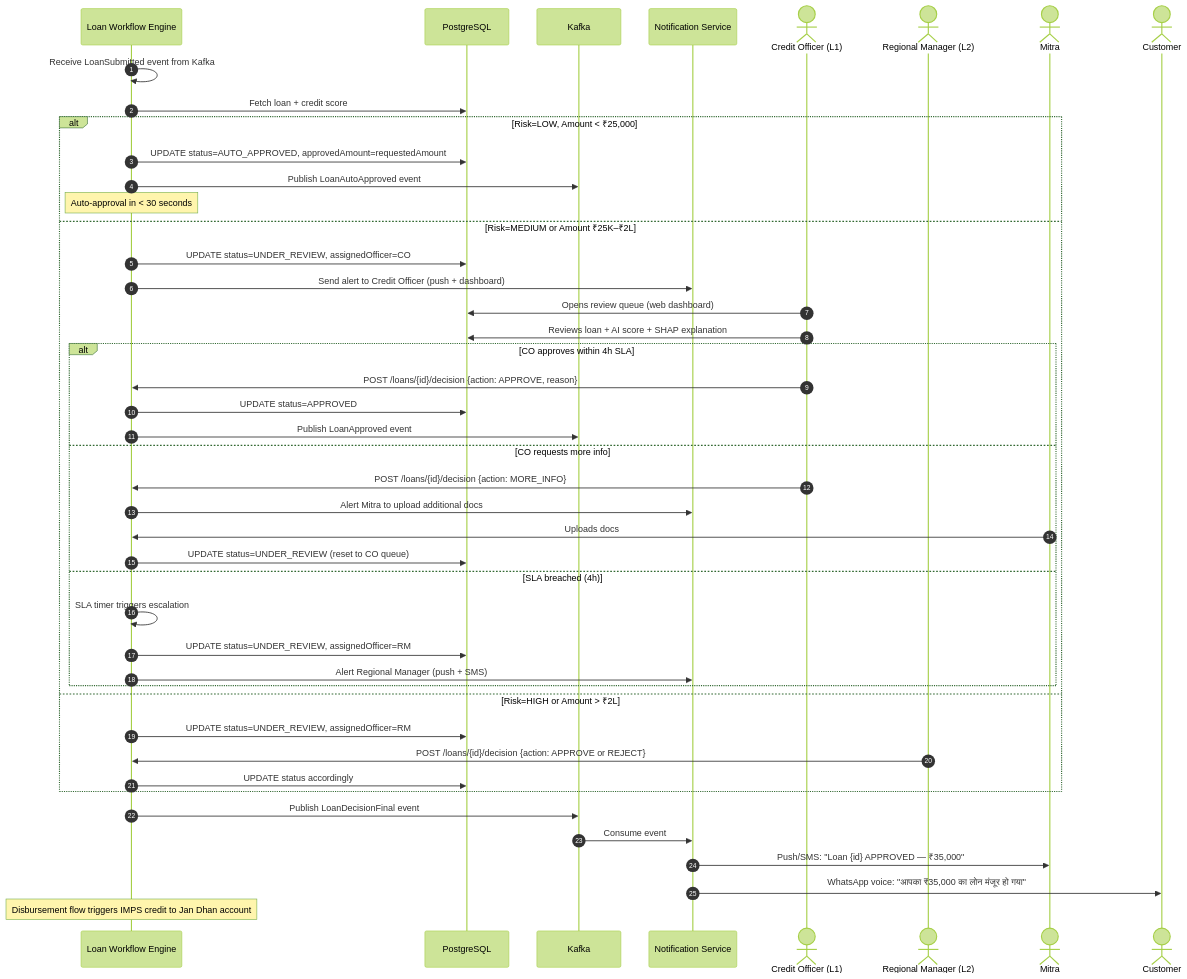
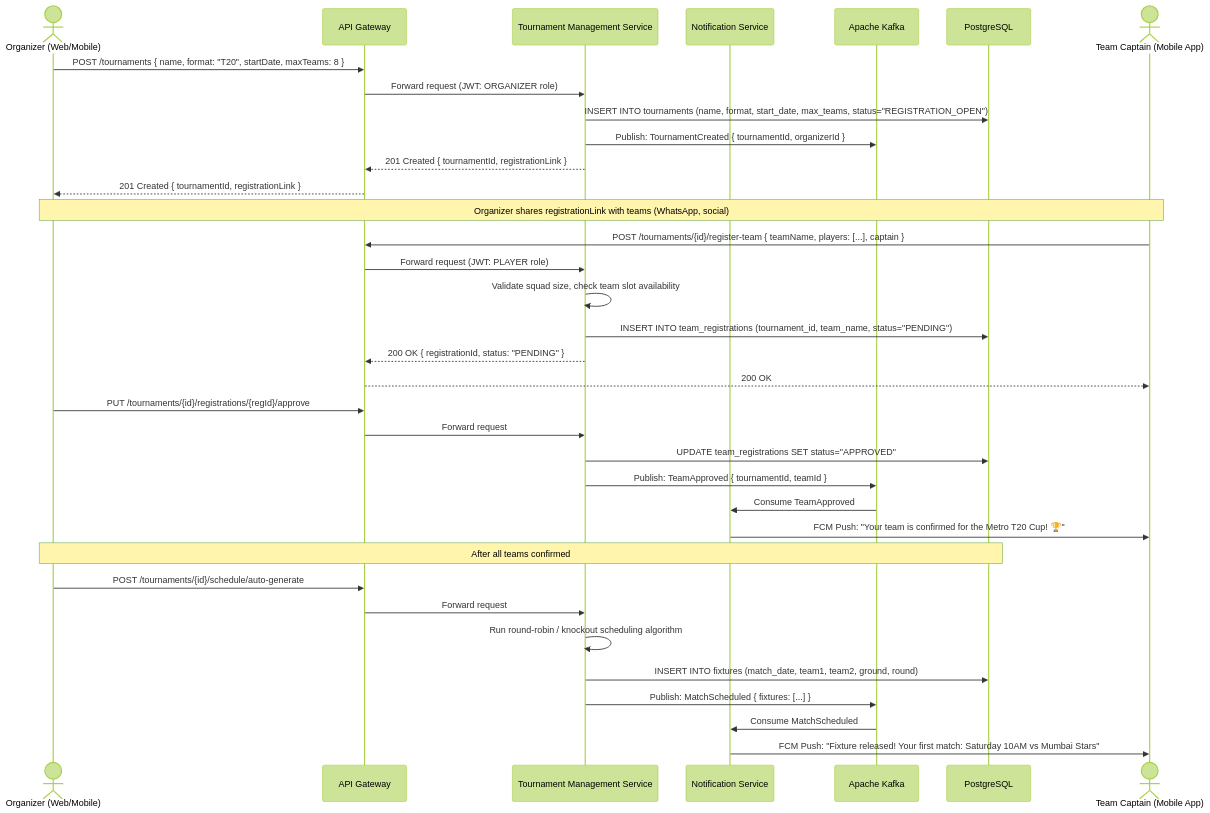
Before and after one commit to adityasinghz/kata: the third of 4 diagrams in SEQUENCE_DIAGRAMS.md, drawn with Mermaid (forest theme). The commit also changed other lines of this file and 25 other files, not shown here.

````diff
--- a/SEQUENCE_DIAGRAMS.md
+++ b/SEQUENCE_DIAGRAMS.md
@@ -232,52 +80,42 @@
 ```mermaid
 sequenceDiagram
-    autonumber
-    participant Workflow as Loan Workflow Engine
-    participant DB as PostgreSQL
-    participant KF as Kafka
-    participant Notify as Notification Service
-    actor CO as Credit Officer (L1)
-    actor RM as Regional Manager (L2)
-    actor Mitra
-    actor Customer
+    actor Org as Organizer (Web/Mobile)
+    participant GW as API Gateway
+    participant TOUR as Tournament Management Service
+    participant NOTIFY as Notification Service
+    participant KAFKA as Apache Kafka
+    participant PG as PostgreSQL
+    actor Team as Team Captain (Mobile App)
 
-    Workflow->>Workflow: Receive LoanSubmitted event from Kafka
-    Workflow->>DB: Fetch loan + credit score
+    Org->>GW: POST /tournaments { name, format: "T20", startDate, maxTeams: 8 }
+    GW->>TOUR: Forward request (JWT: ORGANIZER role)
+    TOUR->>PG: INSERT INTO tournaments (name, format, start_date, max_teams, status="REGISTRATION_OPEN")
+    TOUR->>KAFKA: Publish: TournamentCreated { tournamentId, organizerId }
+    TOUR-->>GW: 201 Created { tournamentId, registrationLink }
+    GW-->>Org: 201 Created { tournamentId, registrationLink }
 
-    alt Risk=LOW, Amount < ₹25,000
-        Workflow->>DB: UPDATE status=AUTO_APPROVED, approvedAmount=requestedAmount
-        Workflow->>KF: Publish LoanAutoApproved event
-        Note over Workflow: Auto-approval in < 30 seconds
-    else Risk=MEDIUM or Amount ₹25K–₹2L
-        Workflow->>DB: UPDATE status=UNDER_REVIEW, assignedOfficer=CO
-        Workflow->>Notify: Send alert to Credit Officer (push + dashboard)
-        CO->>DB: Opens review queue (web dashboard)
-        CO->>DB: Reviews loan + AI score + SHAP explanation
+    Note over Org,Team: Organizer shares registrationLink with teams (WhatsApp, social)
+    
+    Team->>GW: POST /tournaments/{id}/register-team { teamName, players: [...], captain }
+    GW->>TOUR: Forward request (JWT: PLAYER role)
+    TOUR->>TOUR: Validate squad size, check team slot availability
+    TOUR->>PG: INSERT INTO team_registrations (tournament_id, team_name, status="PENDING")
+    TOUR-->>GW: 200 OK { registrationId, status: "PENDING" }
+    GW-->>Team: 200 OK
 
-        alt CO approves within 4h SLA
-            CO->>Workflow: POST /loans/{id}/decision {action: APPROVE, reason}
-            Workflow->>DB: UPDATE status=APPROVED
-            Workflow->>KF: Publish LoanApproved event
-        else CO requests more info
-            CO->>Workflow: POST /loans/{id}/decision {action: MORE_INFO}
-            Workflow->>Notify: Alert Mitra to upload additional docs
-            Mitra->>Workflow: Uploads docs
-            Workflow->>DB: UPDATE status=UNDER_REVIEW (reset to CO queue)
-        else SLA breached (4h)
-            Workflow->>Workflow: SLA timer triggers escalation
-            Workflow->>DB: UPDATE status=UNDER_REVIEW, assignedOfficer=RM
-            Workflow->>Notify: Alert Regional Manager (push + SMS)
-        end
-    else Risk=HIGH or Amount > ₹2L
-        Workflow->>DB: UPDATE status=UNDER_REVIEW, assignedOfficer=RM
-        RM->>Workflow: POST /loans/{id}/decision {action: APPROVE or REJECT}
-        Workflow->>DB: UPDATE status accordingly
-    end
+    Org->>GW: PUT /tournaments/{id}/registrations/{regId}/approve
+    GW->>TOUR: Forward request
+    TOUR->>PG: UPDATE team_registrations SET status="APPROVED"
+    TOUR->>KAFKA: Publish: TeamApproved { tournamentId, teamId }
+    KAFKA->>NOTIFY: Consume TeamApproved
+    NOTIFY->>Team: FCM Push: "Your team is confirmed for the Metro T20 Cup! 🏆"
 
-    Workflow->>KF: Publish LoanDecisionFinal event
-    KF->>Notify: Consume event
-    Notify->>Mitra: Push/SMS: "Loan {id} APPROVED — ₹35,000"
-    Notify->>Customer: WhatsApp voice: "आपका ₹35,000 का लोन मंजूर हो गया"
-
-    Note over Workflow: Disbursement flow triggers IMPS credit to Jan Dhan account
+    Note over Org,PG: After all teams confirmed
+    Org->>GW: POST /tournaments/{id}/schedule/auto-generate
+    GW->>TOUR: Forward request
+    TOUR->>TOUR: Run round-robin / knockout scheduling algorithm
+    TOUR->>PG: INSERT INTO fixtures (match_date, team1, team2, ground, round)
+    TOUR->>KAFKA: Publish: MatchScheduled { fixtures: [...] }
+    KAFKA->>NOTIFY: Consume MatchScheduled
+    NOTIFY->>Team: FCM Push: "Fixture released! Your first match: Saturday 10AM vs Mumbai Stars"
 ```
````
